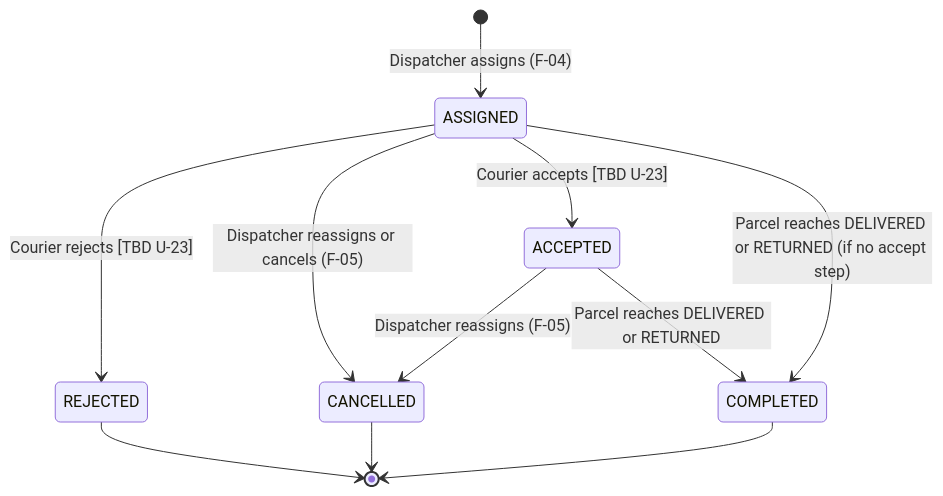
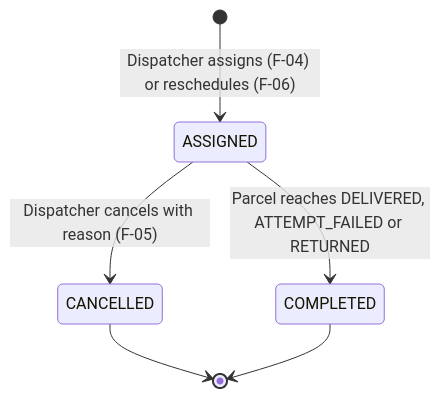
One commit to phantomTroupeEAD/SwiftDrop changed the seventh of 55 diagrams in docs/drafts/member-07-dispatcher-admin-web-gateway/doc-02-functional-flows-and-business-rules.md. Above: the diagram before and after it, drawn with Mermaid. The commit also changed other lines of this file and 125 other files, not shown here.

````diff
--- a/docs/drafts/member-07-dispatcher-admin-web-gateway/doc-02-functional-flows-and-business-rules.md
+++ b/docs/drafts/member-07-dispatcher-admin-web-gateway/doc-02-functional-flows-and-business-rules.md
@@ -282,13 +279,8 @@
 ```mermaid
 stateDiagram-v2
-    [*] --> ASSIGNED: Dispatcher assigns (F-04)
-    ASSIGNED --> ACCEPTED: Courier accepts [TBD U-23]
-    ASSIGNED --> REJECTED: Courier rejects [TBD U-23]
-    ASSIGNED --> CANCELLED: Dispatcher reassigns or cancels (F-05)
-    ACCEPTED --> CANCELLED: Dispatcher reassigns (F-05)
-    ACCEPTED --> COMPLETED: Parcel reaches DELIVERED or RETURNED
-    ASSIGNED --> COMPLETED: Parcel reaches DELIVERED or RETURNED (if no accept step)
-    REJECTED --> [*]
+    [*] --> ASSIGNED: Dispatcher assigns (F-04) or reschedules (F-06)
+    ASSIGNED --> CANCELLED: Dispatcher cancels with reason (F-05)
+    ASSIGNED --> COMPLETED: Parcel reaches DELIVERED, ATTEMPT_FAILED or RETURNED
     CANCELLED --> [*]
     COMPLETED --> [*]
 ```
````
